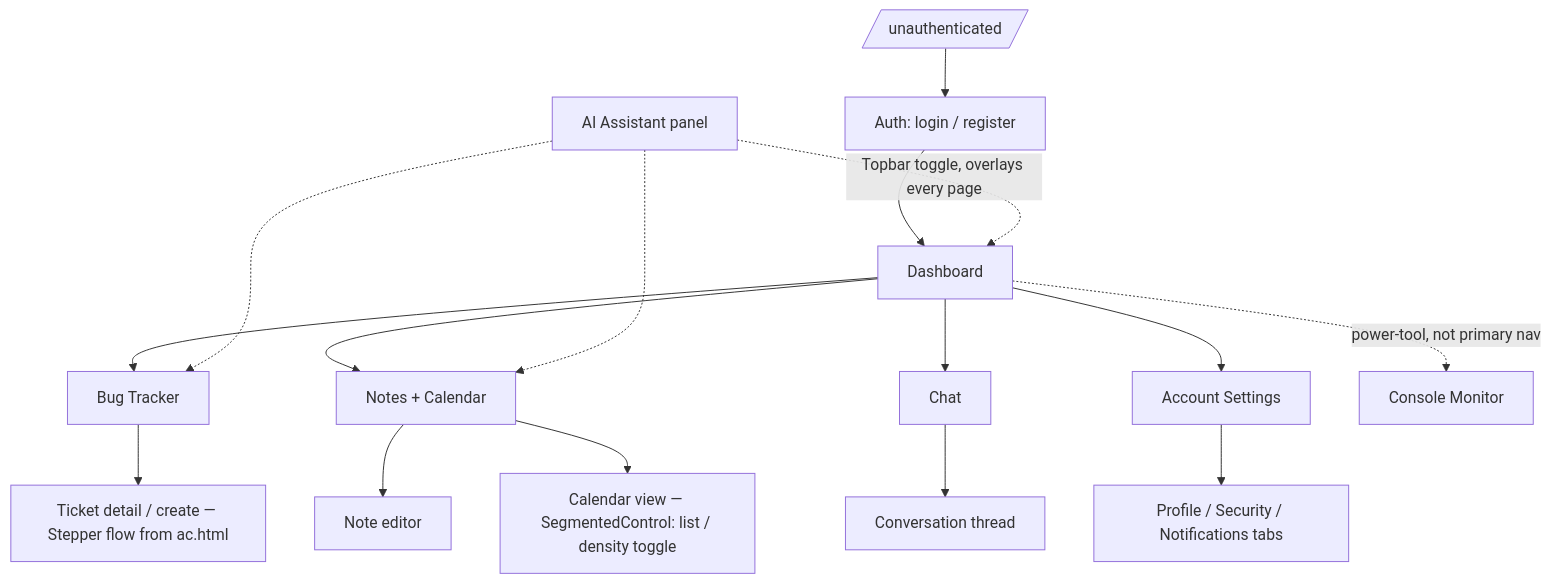
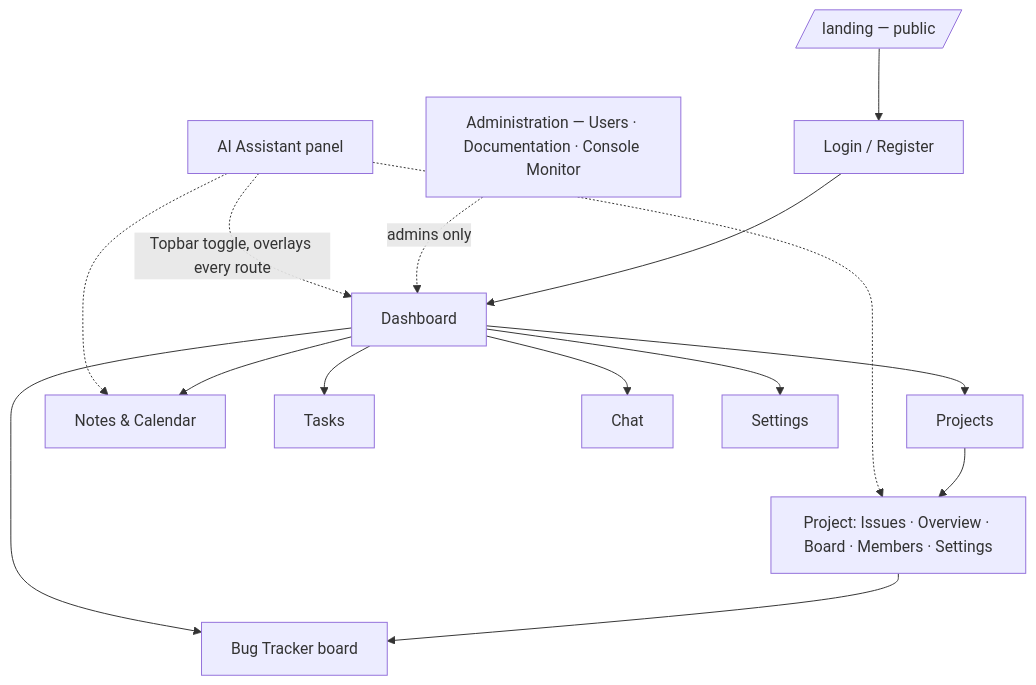
One commit to tp-job/apexops_i changed the diagram in .agents/docs/product/user-flow.md. Above: the diagram before and after it, drawn with Mermaid. The commit also changed other lines of this file and 3 other files, not shown here.

````diff
--- a/.agents/docs/product/user-flow.md
+++ b/.agents/docs/product/user-flow.md
@@ -77,18 +13,17 @@
 ```mermaid
 flowchart TD
-    A[/ unauthenticated /] --> B[Auth: login / register]
-    B --> C[Dashboard]
-    C --> D[Bug Tracker]
-    C --> E[Notes + Calendar]
-    C --> F[Chat]
-    C --> H[Account Settings]
-    D --> D1[Ticket detail / create — Stepper flow from ac.html]
-    E --> E1[Note editor]
-    E --> E2[Calendar view — SegmentedControl: list / density toggle]
-    F --> F1[Conversation thread]
-    H --> H1[Profile / Security / Notifications tabs]
-    C -.->|power-tool, not primary nav| I[Console Monitor]
-    G[AI Assistant panel] -.->|Topbar toggle, overlays every page| C
-    G -.-> D
-    G -.-> E
+    L[/ landing — public /] --> A[Login / Register]
+    A --> D[Dashboard]
+    D --> P[Projects]
+    P --> I["Project: Issues · Overview · Board · Members · Settings"]
+    I --> T[Bug Tracker board]
+    D --> T
+    D --> N[Notes & Calendar]
+    D --> K[Tasks]
+    D --> C[Chat]
+    D --> S[Settings]
+    ADM["Administration — Users · Documentation · Console Monitor"] -.->|admins only| D
+    AI[AI Assistant panel] -.->|Topbar toggle, overlays every route| D
+    AI -.-> I
+    AI -.-> N
 ```
````
